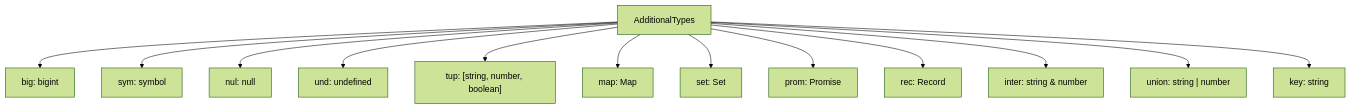
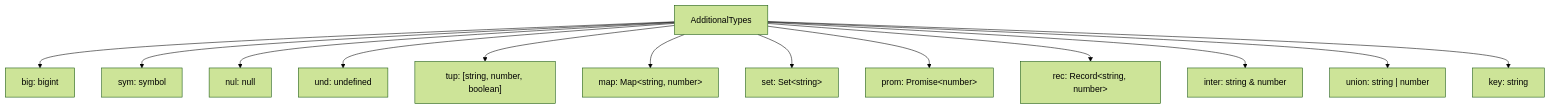
Before and after one commit to kothar/zod-mermaid: diagram 16 of 19 in examples/mermaid-examples.md, drawn with Mermaid (forest theme). The commit also changed other lines of this file and 21 other files, not shown here.

Commit message:
fix: correct Mermaid syntax and expand Zod type support (#5)

````diff
--- a/examples/mermaid-examples.md
+++ b/examples/mermaid-examples.md
@@ -544,28 +560,28 @@
 ```mermaid
 flowchart TD
     AdditionalTypes["AdditionalTypes"]
     AdditionalTypes_big["big: bigint"]
-    AdditionalTypes --> AdditionalTypes_big["big: bigint"]
+    AdditionalTypes --> AdditionalTypes_big
     AdditionalTypes_sym["sym: symbol"]
-    AdditionalTypes --> AdditionalTypes_sym["sym: symbol"]
+    AdditionalTypes --> AdditionalTypes_sym
     AdditionalTypes_nul["nul: null"]
-    AdditionalTypes --> AdditionalTypes_nul["nul: null"]
+    AdditionalTypes --> AdditionalTypes_nul
     AdditionalTypes_und["und: undefined"]
-    AdditionalTypes --> AdditionalTypes_und["und: undefined"]
+    AdditionalTypes --> AdditionalTypes_und
     AdditionalTypes_tup["tup: [string, number, boolean]"]
-    AdditionalTypes --> AdditionalTypes_tup["tup: [string, number, boolean]"]
-    AdditionalTypes_map["map: Map<string, number>"]
-    AdditionalTypes --> AdditionalTypes_map["map: Map<string, number>"]
-    AdditionalTypes_set["set: Set<string>"]
-    AdditionalTypes --> AdditionalTypes_set["set: Set<string>"]
-    AdditionalTypes_prom["prom: Promise<number>"]
-    AdditionalTypes --> AdditionalTypes_prom["prom: Promise<number>"]
-    AdditionalTypes_rec["rec: Record<string, number>"]
-    AdditionalTypes --> AdditionalTypes_rec["rec: Record<string, number>"]
-    AdditionalTypes_inter["inter: string & number"]
-    AdditionalTypes --> AdditionalTypes_inter["inter: string & number"]
+    AdditionalTypes --> AdditionalTypes_tup
+    AdditionalTypes_map["map: Map&lt;string, number&gt;"]
+    AdditionalTypes --> AdditionalTypes_map
+    AdditionalTypes_set["set: Set&lt;string&gt;"]
+    AdditionalTypes --> AdditionalTypes_set
+    AdditionalTypes_prom["prom: Promise&lt;number&gt;"]
+    AdditionalTypes --> AdditionalTypes_prom
+    AdditionalTypes_rec["rec: Record&lt;string, number&gt;"]
+    AdditionalTypes --> AdditionalTypes_rec
+    AdditionalTypes_inter["inter: string &amp; number"]
+    AdditionalTypes --> AdditionalTypes_inter
     AdditionalTypes_union["union: string | number"]
-    AdditionalTypes --> AdditionalTypes_union["union: string | number"]
+    AdditionalTypes --> AdditionalTypes_union
     AdditionalTypes_key["key: string"]
-    AdditionalTypes --> AdditionalTypes_key["key: string"]
+    AdditionalTypes --> AdditionalTypes_key
 ```
````
